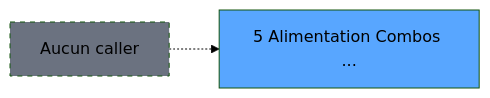
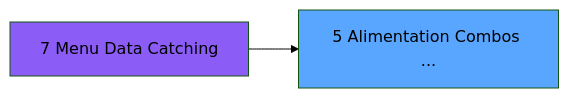
The second of 3 diagrams in .openspec/specs/ADH-IDE-5.md (thonyAGP/magic-migration), drawn with Mermaid (forest theme) before and after one commit. The commit also changed other lines of this file and 253 other files, not shown here.

````diff
--- a/.openspec/specs/ADH-IDE-5.md
+++ b/.openspec/specs/ADH-IDE-5.md
@@ -126,8 +143,8 @@
 ```mermaid
 graph LR
     T5[5 Alimentation Combos ...]
     style T5 fill:#58a6ff
-    NONE[Aucun caller]
-    NONE -.-> T5
-    style NONE fill:#6b7280,stroke-dasharray: 5 5
+    CC7[7 Menu Data Catching]
+    style CC7 fill:#8b5cf6
+    CC7 --> T5
 ```
````
